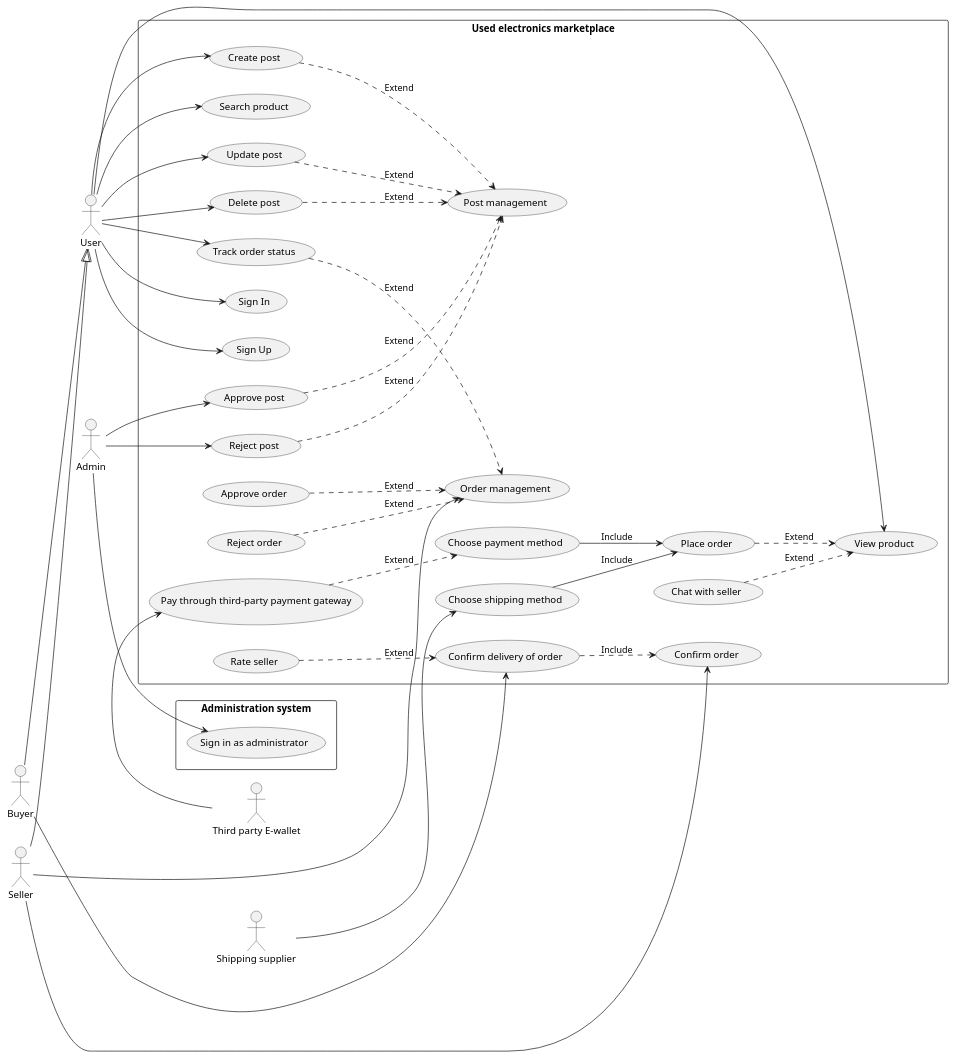
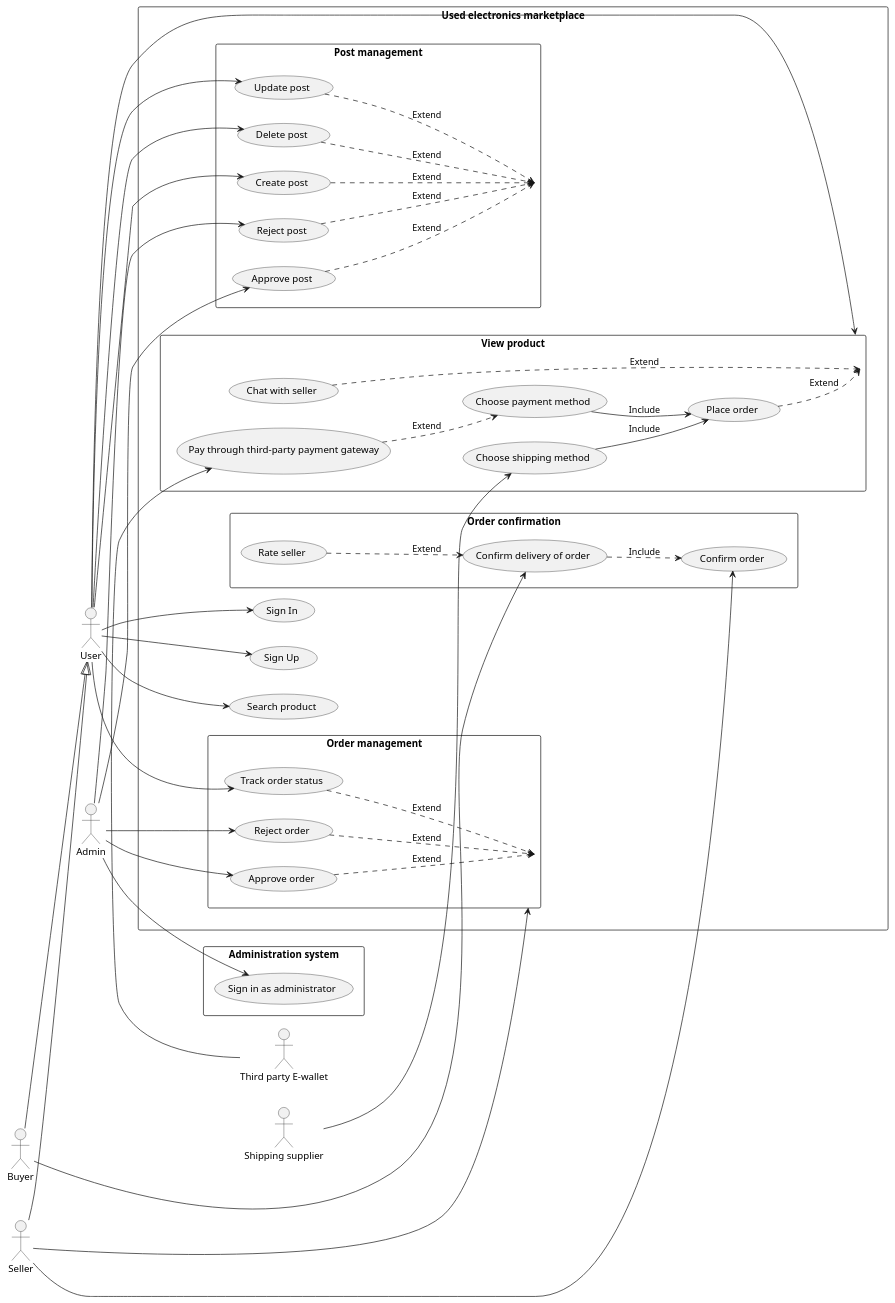
The diagram in Lab 1.2/puml-code/usecase.puml (doublek2712/SE357-Pratice-class), drawn with PlantUML before and after one commit. The commit also changed 1 other file, not shown here.

```diff
--- a/Lab 1.2/puml-code/usecase.puml
+++ b/Lab 1.2/puml-code/usecase.puml
@@ -1,49 +1,60 @@
 @startuml
 left to right direction
 skinparam packageStyle rectangle
 actor User
 actor Admin
 actor Buyer
 actor Seller
 actor "Shipping supplier"
 actor "Third party E-wallet"
 rectangle "Used electronics marketplace" {
     User --> (Sign In)
     User --> (Sign Up)
     User --> (View product)
     User --> (Search product)
-    (Create post) ..> (Post management): Extend
-    (Update post) ..> (Post management): Extend
-    (Delete post) ..> (Post management): Extend
-    (Approve post) ..> (Post management): Extend
-    (Reject post) ..> (Post management): Extend
-    (Chat with seller) ..> (View product): Extend
-    (Place order) ..> (View product): Extend
-    (Choose payment method) --> (Place order): Include
-    (Choose shipping method) --> (Place order): Include
-    "Shipping supplier" --> (Choose shipping method)
-    (Pay through third-party payment gateway) ..> (Choose payment method): Extend
-    "Third party E-wallet" -> (Pay through third-party payment gateway)
+    rectangle "Post management" {
+        (Create post) ..> (Post management): Extend
+        (Update post) ..> (Post management): Extend
+        (Delete post) ..> (Post management): Extend
+        (Approve post) ..> (Post management): Extend
+        (Reject post) ..> (Post management): Extend
+    }
+    rectangle "Order management" {
+        (Approve order) ..> (Order management): Extend
+        (Reject order) ..> (Order management): Extend
+        (Track order status) ..> (Order management): Extend
+    }
+    rectangle "Order confirmation" {
+        (Rate seller) ..> (Confirm delivery of order): Extend
+        Seller --> (Confirm order)
+        (Confirm delivery of order) ..> (Confirm order): Include
+    }
+    rectangle "View product" {
+       (Chat with seller) ..> (View product): Extend
+       (Place order) ..> (View product): Extend
+       (Choose payment method) --> (Place order): Include
+       (Choose shipping method) --> (Place order): Include
+       "Shipping supplier" --> (Choose shipping method)
+       (Pay through third-party payment gateway) ..> (Choose payment method): Extend
+       "Third party E-wallet" -> (Pay through third-party payment gateway)
+    }
     User --> (Create post)
     User --> (Update post)
     User --> (Delete post)
     Admin --> (Approve post)
     Admin --> (Reject post)
-    (Approve order) ..> (Order management): Extend
-    (Reject order) ..> (Order management): Extend
-    (Track order status) ..> (Order management): Extend
+    Admin --> (Approve order)
+    Admin --> (Reject order)
     Seller --> (Order management)
     User --> (Track order status)
     Buyer --> (Confirm delivery of order)
-    (Rate seller) ..> (Confirm delivery of order): Extend
-    Seller --> (Confirm order)
-    (Confirm delivery of order) ..> (Confirm order): Include
+
 }
 rectangle "Administration system"{
     Admin --> (Sign in as administrator)
 }
 
 Buyer --|> User
 Seller --|> User
 
 @enduml
```
